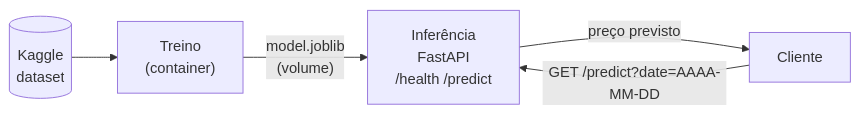
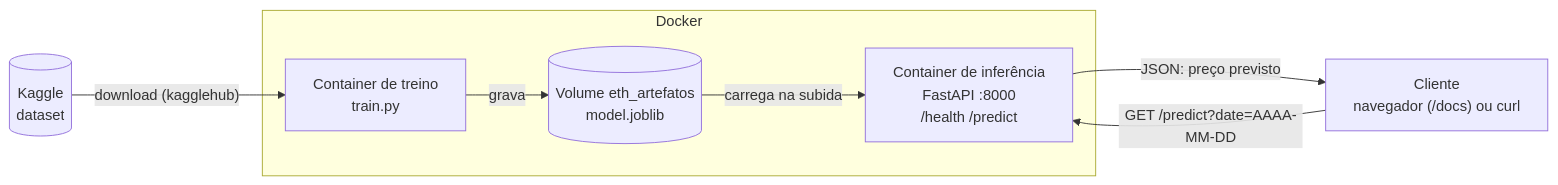
Before and after one commit to antoniodicillo/ponderada_docker: the diagram in readme.md, drawn with Mermaid.

````diff
--- a/readme.md
+++ b/readme.md
@@ -24,7 +24,19 @@
 ```mermaid
 flowchart LR
-    K[("Kaggle<br/>dataset")] --> T["Treino<br/>(container)"]
-    T -- "model.joblib<br/>(volume)" --> B["Inferência<br/>FastAPI<br/>/health /predict"]
-    C["Cliente"] -- "GET /predict?date=AAAA-MM-DD" --> B
-    B -- "preço previsto" --> C
+    K[("Kaggle<br/>dataset")]
+
+    subgraph Docker
+        T["Container de treino<br/>train.py"]
+        V[("Volume eth_artefatos<br/>model.joblib")]
+        B["Container de inferência<br/>FastAPI :8000<br/>/health  /predict"]
+        T -- "grava" --> V
+        V -- "carrega na subida" --> B
+    end
+
+    C["Cliente<br/>navegador (/docs) ou curl"]
+
+    K -- "download (kagglehub)" --> T
+    C -- "GET /predict?date=AAAA-MM-DD" --> B
+    B -- "JSON: preço previsto" --> C
+
 ```
````
